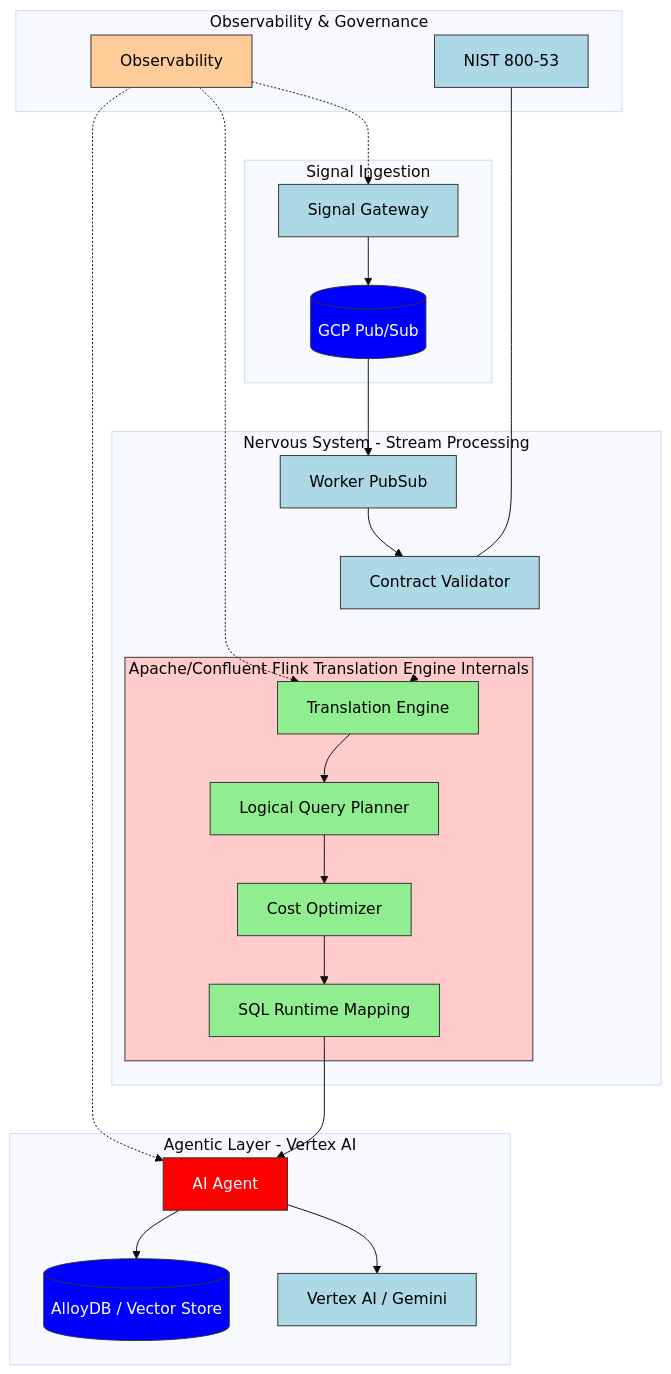
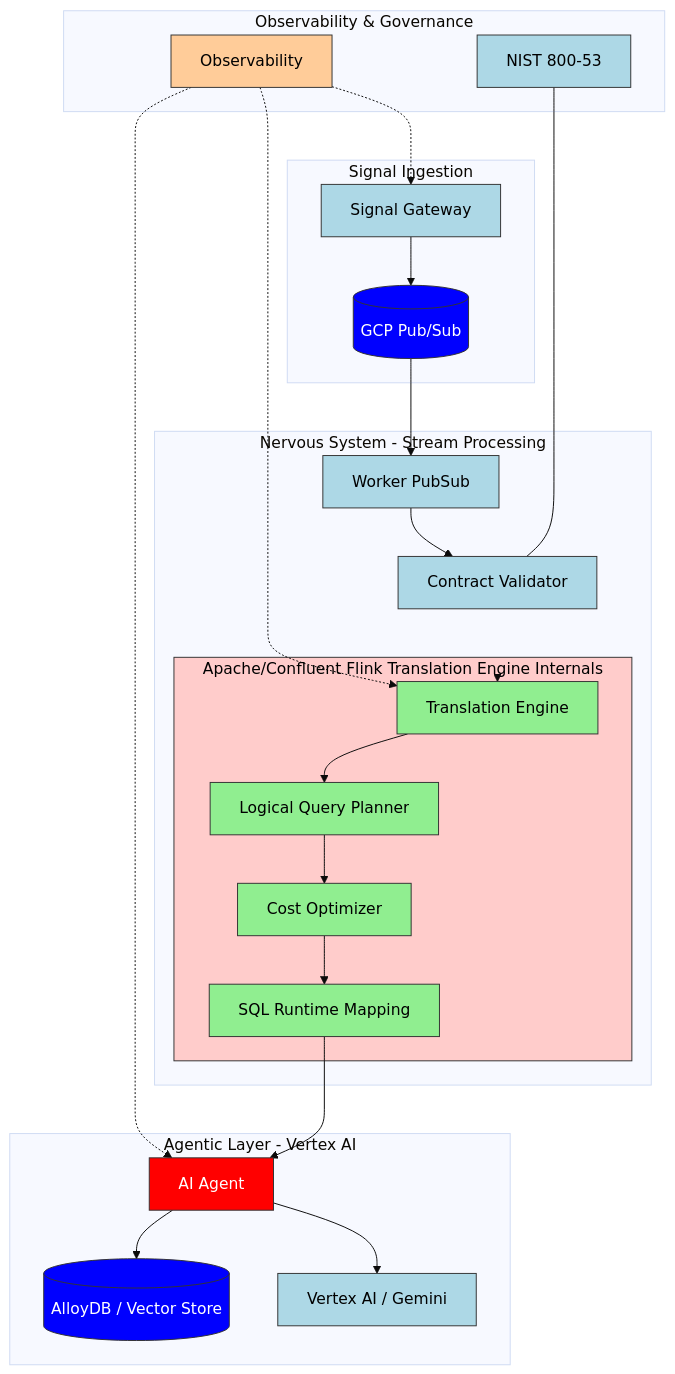
Before and after one commit to siralfbaez/mia-agentic-data-nervous-system-kfg-v3: the diagram in README.md, drawn with Mermaid (base theme).

Commit message:
Quick architectural correction

````diff
--- a/README.md
+++ b/README.md
@@ -11,58 +11,59 @@
 ```mermaid
 graph TD
     subgraph SI [Signal Ingestion]
         SG[Signal Gateway] --> PS[(GCP Pub/Sub)]
     end
 
     subgraph NS [Nervous System - Stream Processing]
         PS --> WP[Worker PubSub]
         WP --> CV[Contract Validator]
         CV --> TE[Translation Engine]
         
         %% Invisible spacer to push the subgraph down
         TE ~~~ spacer[ ]
         linkStyle 3 stroke-width:0px;
         style spacer fill:none,stroke:none,color:none
         TE ~~~ spacer[ ] 
         subgraph FTI [Apache/Confluent Flink Translation Engine Internals]
+        TE ~~~ spacer[ ] 
             TE --> Planner[Logical Query Planner]
             Planner --> Optimizer[Cost Optimizer]
             Optimizer --> Runtime[SQL Runtime Mapping]
         end
     end
 
     subgraph AL [Agentic Layer - Vertex AI]
         Runtime --> AA[AI Agent]
         AA --> VAI[Vertex AI / Gemini]
         AA --> ADB[(AlloyDB / Vector Store)]
     end
 
     subgraph OG [Observability & Governance]
         Obs[Observability] -.-> SG
         Obs -.-> TE
         Obs -.-> AA
         Compliance[NIST 800-53] --- CV
     end
 
     %% Styling
     style SG fill:#add8e6,stroke:#333,color:#000
     style WP fill:#add8e6,stroke:#333,color:#000
     style CV fill:#add8e6,stroke:#333,color:#000
     style VAI fill:#add8e6,stroke:#333,color:#000
     style Compliance fill:#add8e6,stroke:#333,color:#000
     
     style Obs fill:#ffcc99,stroke:#333,color:#000
     
     style TE fill:#90ee90,stroke:#333,color:#000
     style Planner fill:#90ee90,stroke:#333,color:#000
     style Optimizer fill:#90ee90,stroke:#333,color:#000
     style Runtime fill:#90ee90,stroke:#333,color:#000
     
     style AA fill:#ff0000,stroke:#333,color:#fff
     style PS fill:#0000ff,stroke:#333,color:#fff
     style ADB fill:#0000ff,stroke:#333,color:#fff
 
     style FTI fill:#ffcccb,stroke:#333,color:#000
     
 
 ```
````
